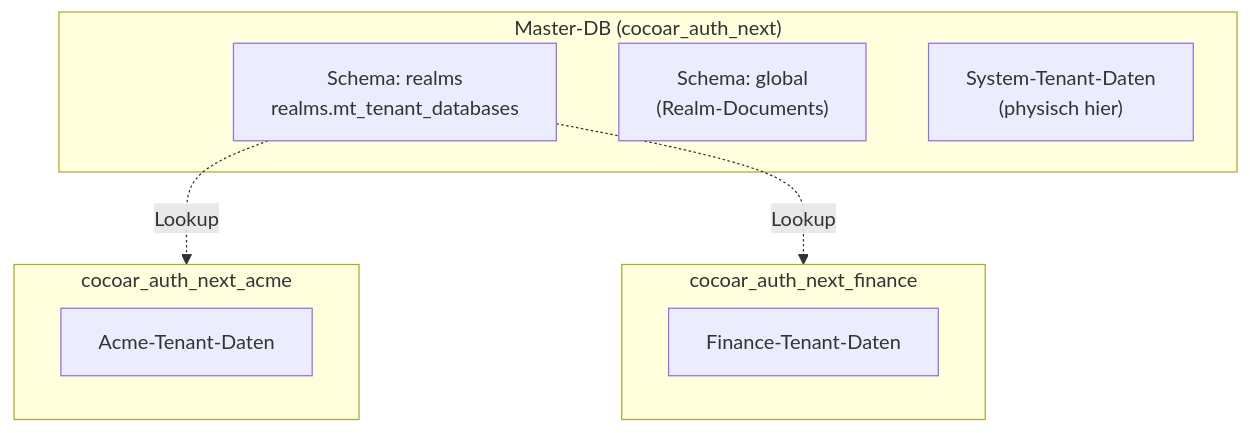
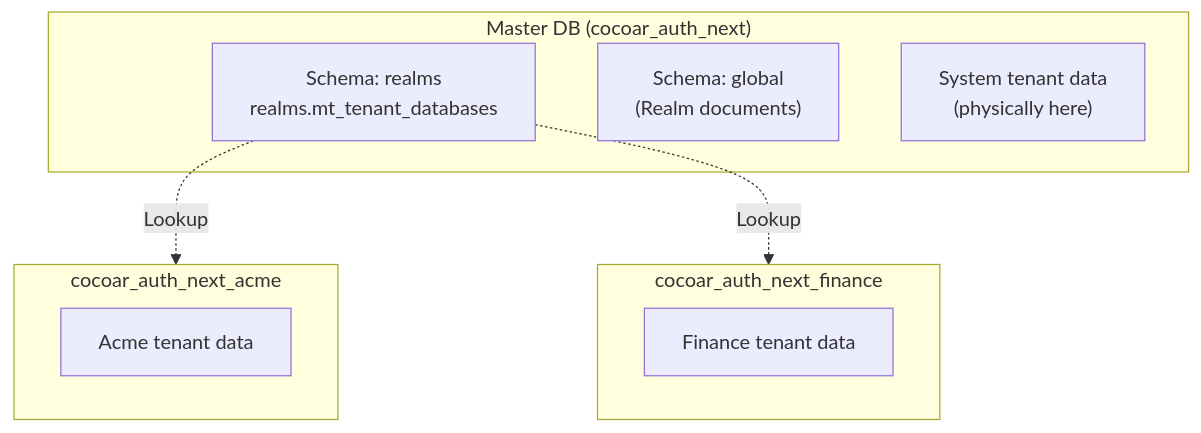
Before and after one commit to cocoar-dev/modgud: the diagram in website/guide/realms.md, drawn with Mermaid. The commit also changed other lines of this file and 33 other files, not shown here.

````diff
--- a/website/guide/realms.md
+++ b/website/guide/realms.md
@@ -81,19 +79,19 @@
 ```mermaid
 graph TD
-    subgraph Master["Master-DB (cocoar_auth_next)"]
+    subgraph Master["Master DB (cocoar_auth_next)"]
         Tenancy["Schema: realms<br/>realms.mt_tenant_databases"]
-        GlobalSchema["Schema: global<br/>(Realm-Documents)"]
-        SystemTenant["System-Tenant-Daten<br/>(physisch hier)"]
+        GlobalSchema["Schema: global<br/>(Realm documents)"]
+        SystemTenant["System tenant data<br/>(physically here)"]
     end
 
     subgraph Acme["cocoar_auth_next_acme"]
-        AcmeData["Acme-Tenant-Daten"]
+        AcmeData["Acme tenant data"]
     end
 
     subgraph Finance["cocoar_auth_next_finance"]
-        FinanceData["Finance-Tenant-Daten"]
+        FinanceData["Finance tenant data"]
     end
 
     Tenancy -.->|Lookup| Acme
     Tenancy -.->|Lookup| Finance
 ```
````
